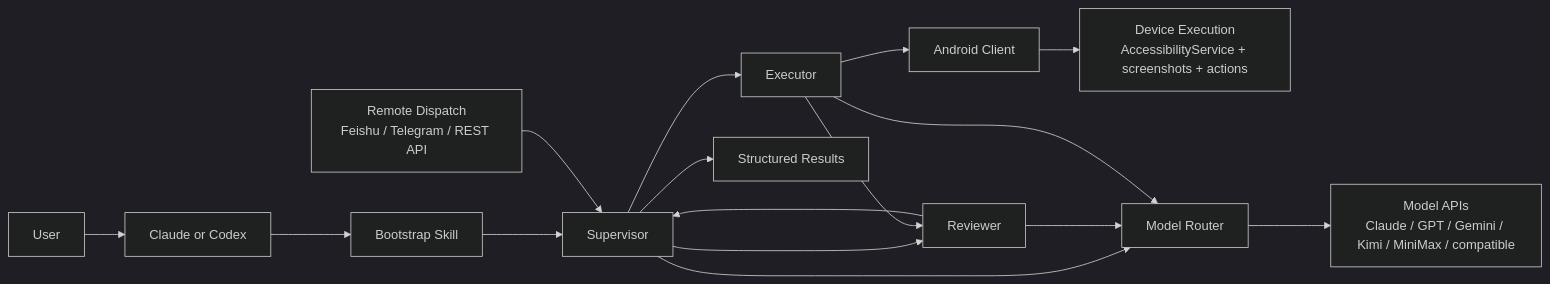
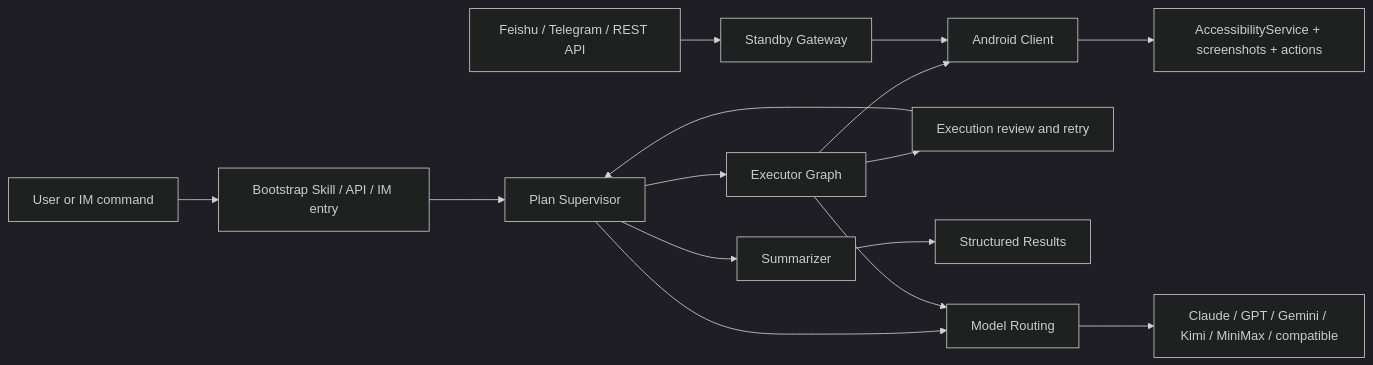
One commit to Core-Mate/OpenGUI changed the diagram in README.md. Above: the diagram before and after it, drawn with Mermaid (dark theme). The commit also changed other lines of this file, not shown here.

````diff
--- a/README.md
+++ b/README.md
@@ -125,22 +125,21 @@
 ```mermaid
 flowchart LR
-    U["User"] --> A["Claude or Codex"]
-    A --> BS["Bootstrap Skill"]
-    BS --> SP
+    U["User or IM command"] --> BS["Bootstrap Skill / API / IM entry"]
+    BS --> SP["Plan Supervisor"]
 
-    RD["Remote Dispatch\nFeishu / Telegram / REST API"] --> SP["Supervisor"]
-    SP --> EX["Executor"]
-    SP --> RV["Reviewer"]
-    EX --> RV
+    SP --> EX["Executor Graph"]
+    EX --> AC["Android Client"]
+    AC --> GX["AccessibilityService + screenshots + actions"]
+    EX --> RV["Execution review and retry"]
     RV --> SP
 
-    EX --> AC["Android Client"]
-    AC --> DE["Device Execution\nAccessibilityService + screenshots + actions"]
+    SP --> SM["Summarizer"]
+    SM --> SR["Structured Results"]
 
-    SP --> MR["Model Router"]
-    MR --> MA["Model APIs\nClaude / GPT / Gemini / Kimi / MiniMax / compatible"]
-    RV --> MR
+    RD["Feishu / Telegram / REST API"] --> ST["Standby Gateway"]
+    ST --> AC
+
+    SP --> MR["Model Routing"]
+    MR --> MA["Claude / GPT / Gemini / Kimi / MiniMax / compatible"]
     EX --> MR
-
-    SP --> SR["Structured Results"]
 ```
````
